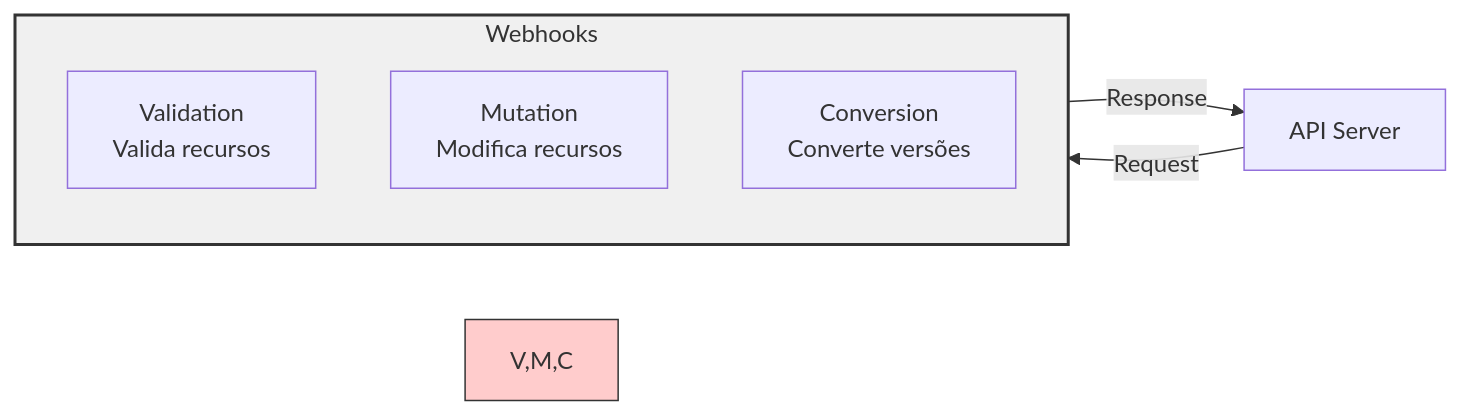
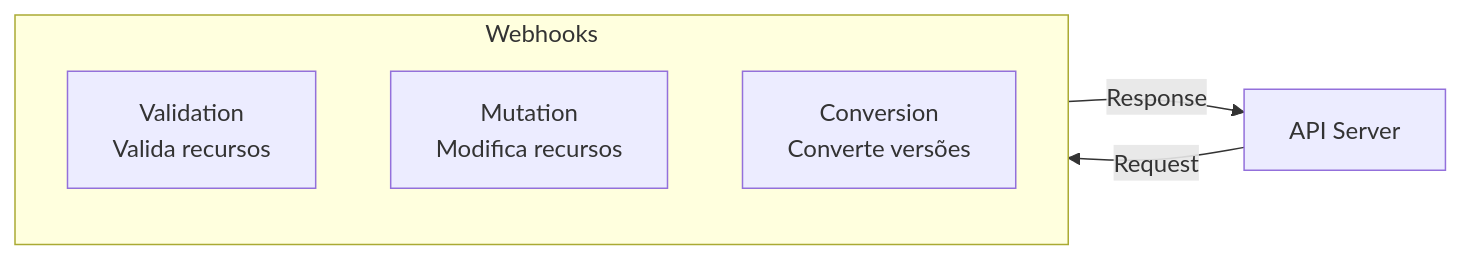
Before and after one commit to cloud104/tcloud-devops-k8s-operators-training: the fourth of 4 diagrams in docs/extras/kubebuilder-guide.md, drawn with Mermaid. The commit also changed other lines of this file and 6 other files, not shown here.

First line of the commit message:
docs: revisa material teorico, corrige APIs e melhora diagramas

````diff
--- a/docs/extras/kubebuilder-guide.md
+++ b/docs/extras/kubebuilder-guide.md
@@ -192,17 +167,14 @@
 ```mermaid
 flowchart LR
     subgraph WH ["Webhooks"]
         V["Validation
         Valida recursos"]
         M["Mutation
         Modifica recursos"]
         C["Conversion
         Converte versões"]
     end
     
     API["API Server"] -->|Request| WH
     WH -->|Response| API
-    
-    style WH fill:#f0f0f0,stroke:#333,stroke-width:2px
-    style V,M,C fill:#ffcccc,stroke:#333
 ```
````
